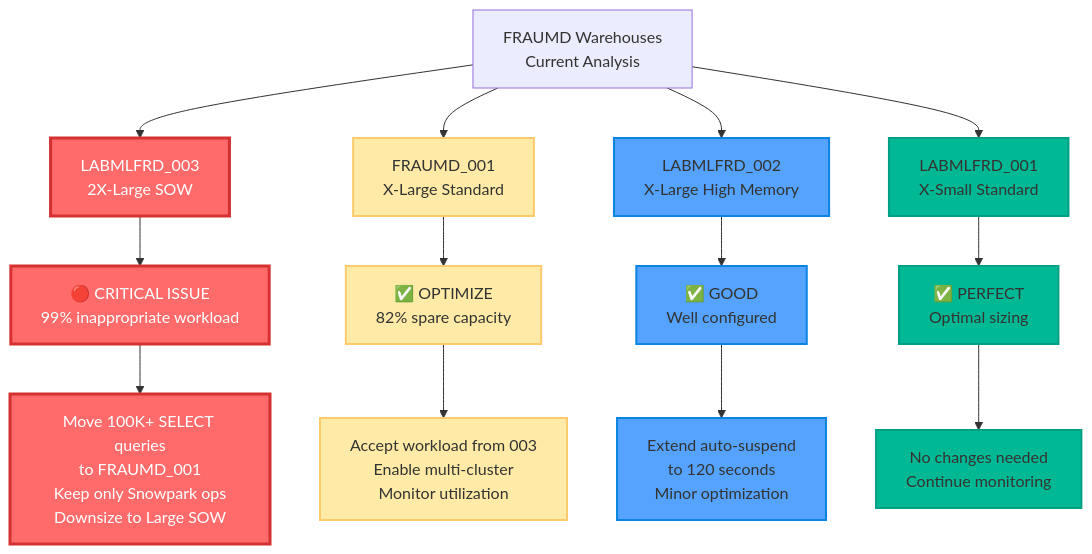
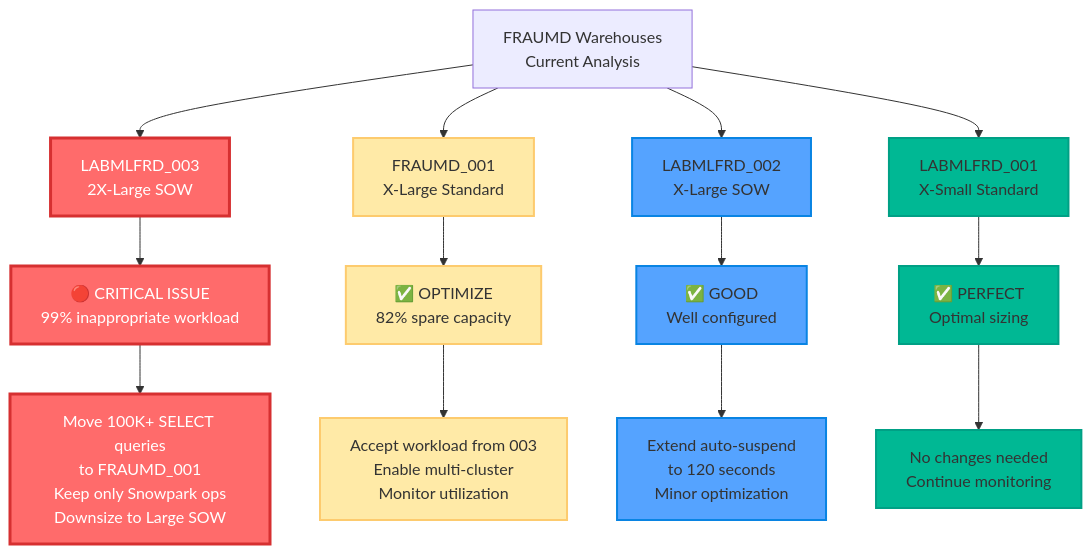
The third of 3 diagrams in WH Analysis/Warehouse_Selection_Decision_Tree.md (sfc-gh-mhindi/REPO_CBA), drawn with Mermaid before and after one commit. The commit also changed 1 other file, not shown here.

Commit message:
Restructured FRAUMD warehouse analysis guide and updated warehouse type configurations
- Reorganized document into logical sections: Definitions, Current State Setup, Findings, Recommendations, and Warehouse Selection Guidelines
- Changed LABMLFRD_002 from High Memory to SOW_MEMORY_16X (Snowpark-Optimized) warehouse type
- Added consistent warehouse type labeling throughout all sections (STANDARD, SNOWPARK-OPTIMIZED)
- Enhanced recommendations with partition pruning optimization strategy
- Removed technical server count details for business-friendly presentation
- Updated Warehouse_Selection_Decision_Tree.md to reflect LABMLFRD_002 type change

````diff
--- a/WH Analysis/Warehouse_Selection_Decision_Tree.md
+++ b/WH Analysis/Warehouse_Selection_Decision_Tree.md
@@ -102,27 +102,27 @@
 ```mermaid
 flowchart TD
     FRAUMD[FRAUMD Warehouses<br/>Current Analysis] --> WH1[LABMLFRD_003<br/>2X-Large SOW]
     FRAUMD --> WH2[FRAUMD_001<br/>X-Large Standard]
-    FRAUMD --> WH3[LABMLFRD_002<br/>X-Large High Memory]
+    FRAUMD --> WH3[LABMLFRD_002<br/>X-Large SOW]
     FRAUMD --> WH4[LABMLFRD_001<br/>X-Small Standard]
     
     WH1 --> Critical[🔴 CRITICAL ISSUE<br/>99% inappropriate workload]
     WH2 --> Optimize[✅ OPTIMIZE<br/>82% spare capacity]
     WH3 --> Good[✅ GOOD<br/>Well configured]
     WH4 --> Perfect[✅ PERFECT<br/>Optimal sizing]
     
     Critical --> Action1[Move 100K+ SELECT queries<br/>to FRAUMD_001<br/>Keep only Snowpark ops<br/>Downsize to Large SOW]
     Optimize --> Action2[Accept workload from 003<br/>Enable multi-cluster<br/>Monitor utilization]
     Good --> Action3[Extend auto-suspend<br/>to 120 seconds<br/>Minor optimization]
     Perfect --> Action4[No changes needed<br/>Continue monitoring]
     
     classDef criticalNode fill:#ff6b6b,stroke:#d63031,stroke-width:3px,color:#fff
     classDef optimizeNode fill:#ffeaa7,stroke:#fdcb6e,stroke-width:2px
     classDef goodNode fill:#55a3ff,stroke:#0984e3,stroke-width:2px
     classDef perfectNode fill:#00b894,stroke:#00a085,stroke-width:2px
     
     class WH1,Critical,Action1 criticalNode
     class WH2,Optimize,Action2 optimizeNode
     class WH3,Good,Action3 goodNode
     class WH4,Perfect,Action4 perfectNode
 ```
````
